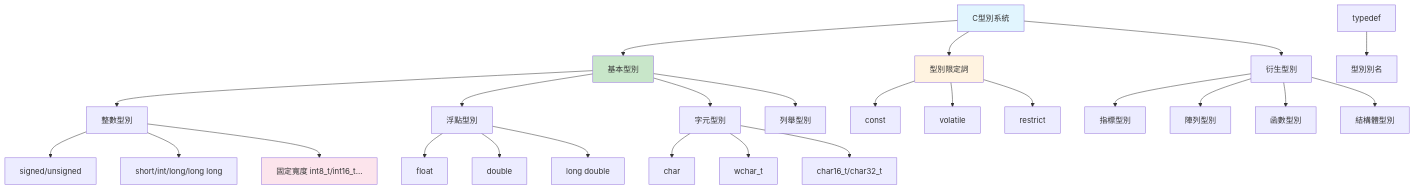
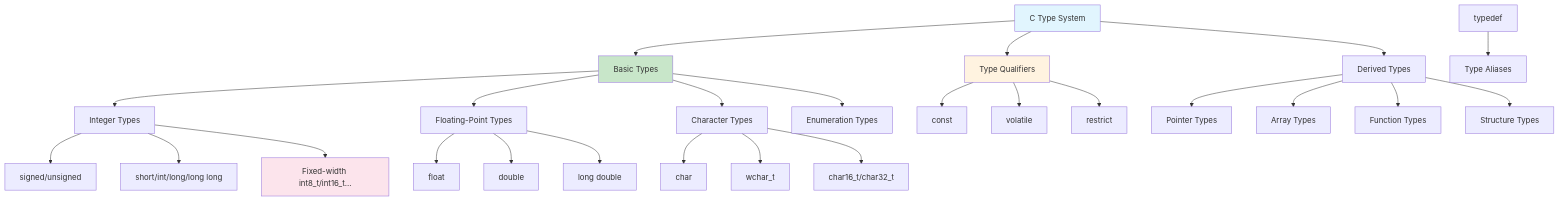
One commit to marcobibichan/bibichan-Android-Playground changed the diagram in c/lesson-02-types/README.md. Above: the diagram before and after it, drawn with Mermaid. The commit also changed other lines of this file and 18 other files, not shown here.

````diff
--- a/c/lesson-02-types/README.md
+++ b/c/lesson-02-types/README.md
@@ -33,39 +33,39 @@
 ```mermaid
 graph TD
-    A[C型別系統] --> B[基本型別]
-    A --> C[衍生型別]
-    A --> D[型別限定詞]
-    
-    B --> E[整數型別]
-    B --> F[浮點型別]
-    B --> G[字元型別]
-    B --> H[列舉型別]
-    
+    A[C Type System] --> B[Basic Types]
+    A --> C[Derived Types]
+    A --> D[Type Qualifiers]
+
+    B --> E[Integer Types]
+    B --> F[Floating-Point Types]
+    B --> G[Character Types]
+    B --> H[Enumeration Types]
+
     E --> I[signed/unsigned]
     E --> J[short/int/long/long long]
-    E --> K[固定寬度 int8_t/int16_t...]
-    
+    E --> K[Fixed-width int8_t/int16_t...]
+
     F --> L[float]
     F --> M[double]
     F --> N[long double]
-    
+
     G --> O[char]
     G --> P[wchar_t]
     G --> Q[char16_t/char32_t]
-    
+
     D --> R[const]
     D --> S[volatile]
     D --> T[restrict]
-    
-    C --> U[指標型別]
-    C --> V[陣列型別]
-    C --> W[函數型別]
-    C --> X[結構體型別]
-    
-    Y[typedef] --> Z[型別別名]
-    
+
+    C --> U[Pointer Types]
+    C --> V[Array Types]
+    C --> W[Function Types]
+    C --> X[Structure Types]
+
+    Y[typedef] --> Z[Type Aliases]
+
     style A fill:#e1f5fe
     style B fill:#c8e6c9
     style D fill:#fff3e0
     style K fill:#fce4ec
 ```
````
